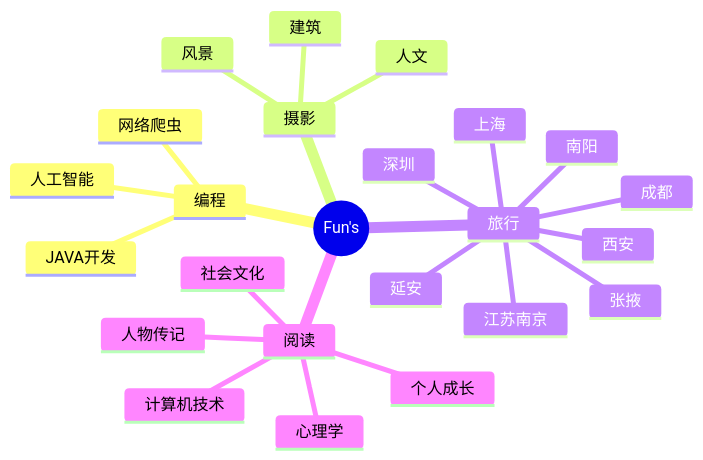
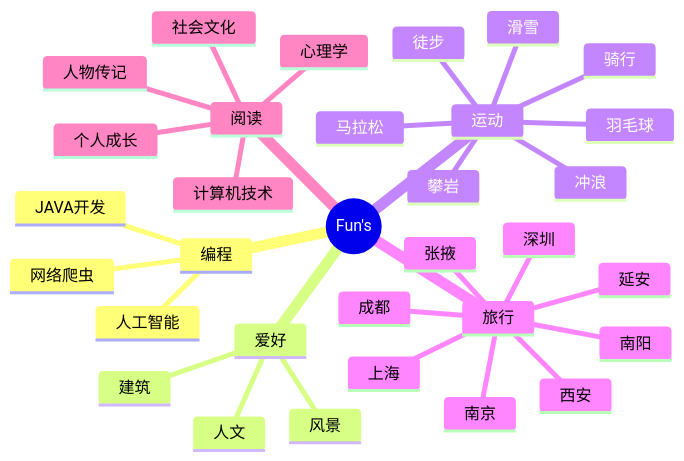
The diagram in README.md (shiqustudio/shiqustudio), drawn with Mermaid before and after one commit.

````diff
--- a/README.md
+++ b/README.md
@@ -144,27 +144,35 @@
 ```mermaid
 mindmap
   root((Fun's))
     编程
       JAVA开发
       网络爬虫
       人工智能
-    摄影
+    爱好
       人文
       建筑
       风景
+    运动
+      羽毛球
+      马拉松
+      徒步
+      攀岩
+      冲浪
+      滑雪
+      骑行
     旅行
       西安
       延安
       张掖
       南阳
       成都
-      江苏南京
+      南京
       上海
       深圳
     阅读
       人物传记
       个人成长
       社会文化
       心理学
       计算机技术
 ```
````
